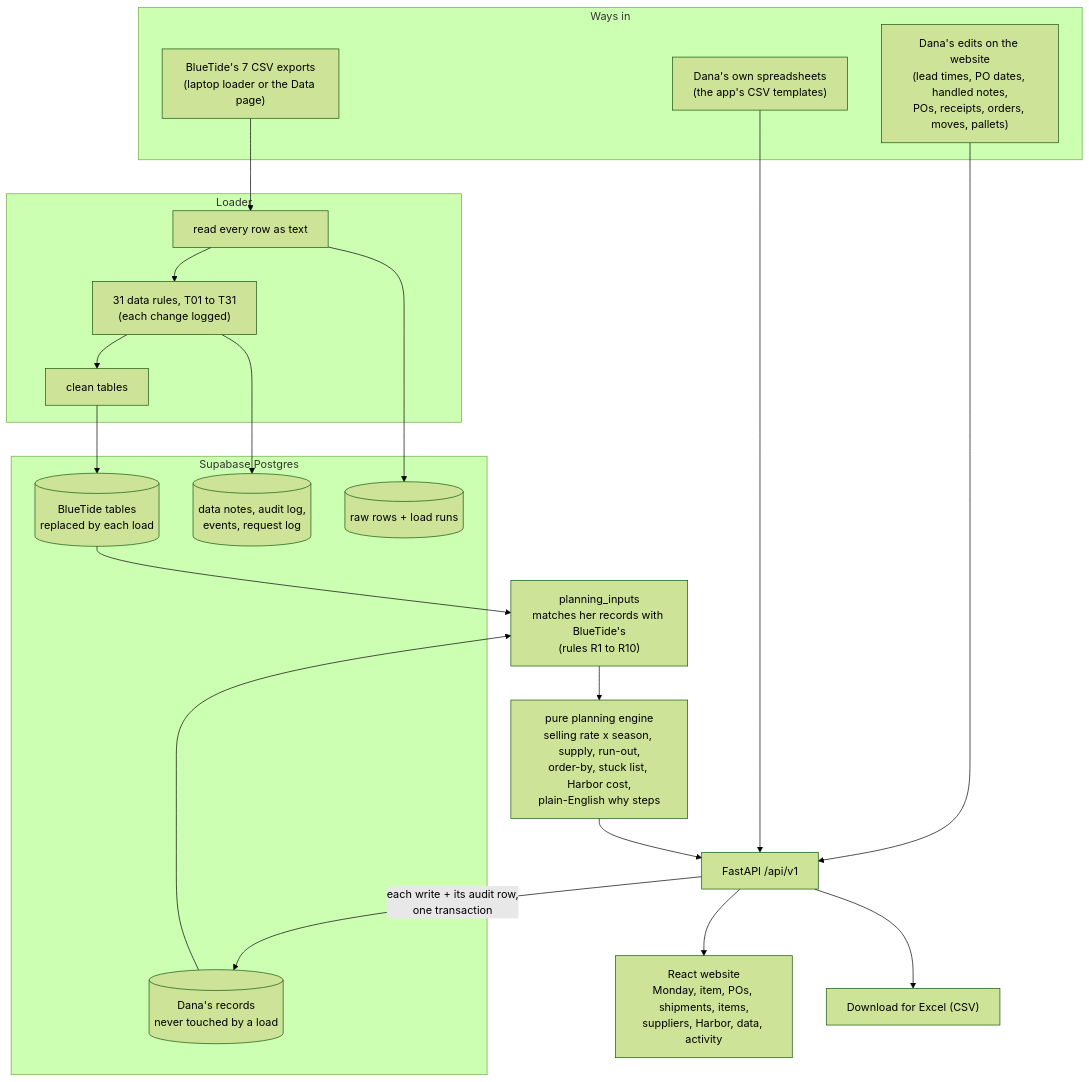
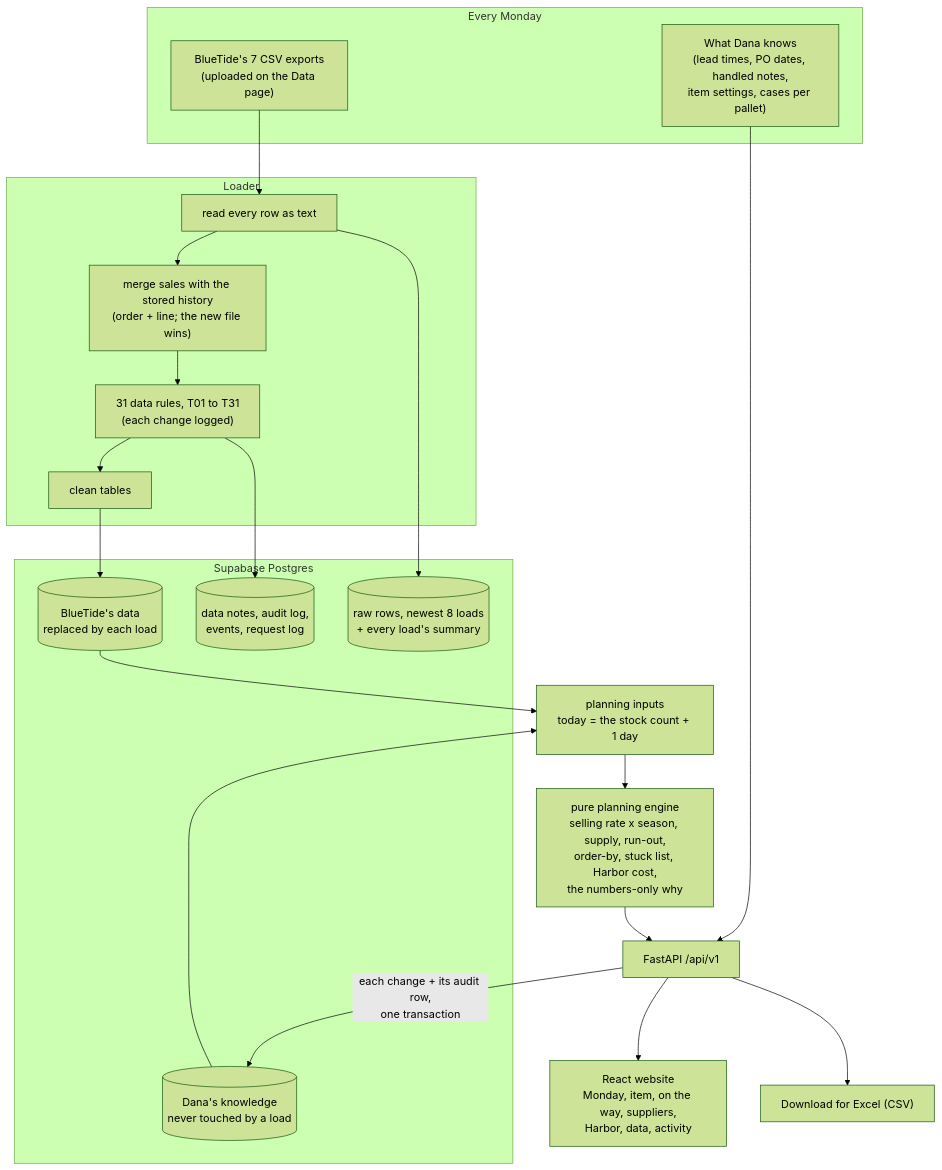
Before and after one commit to ishan-soni27/NammuAI: the diagram in README.md, drawn with Mermaid (forest theme). The commit also changed other lines of this file and 9 other files, not shown here.

First line of the commit message:
docs: ADR-032/033 (BlueTide stays the record; numbers-only why), README, demo, CLAUDE.md boundaries

````diff
--- a/README.md
+++ b/README.md
@@ -68,30 +91,29 @@
 ```mermaid
 flowchart TD
-  subgraph IN["Ways in"]
-    BT["BlueTide's 7 CSV exports<br/>(laptop loader or the Data page)"]
-    TPL["Dana's own spreadsheets<br/>(the app's CSV templates)"]
-    ED["Dana's edits on the website<br/>(lead times, PO dates, handled notes,<br/>POs, receipts, orders, moves, pallets)"]
+  subgraph IN["Every Monday"]
+    BT["BlueTide's 7 CSV exports<br/>(uploaded on the Data page)"]
+    KN["What Dana knows<br/>(lead times, PO dates, handled notes,<br/>item settings, cases per pallet)"]
   end
   subgraph LD["Loader"]
-    RR["read every row as text"] --> RU["31 data rules, T01 to T31<br/>(each change logged)"] --> CL["clean tables"]
+    RR["read every row as text"] --> MG["merge sales with the stored history<br/>(order + line; the new file wins)"]
+    MG --> RU["31 data rules, T01 to T31<br/>(each change logged)"] --> CL["clean tables"]
   end
   subgraph DB["Supabase Postgres"]
-    RAW[("raw rows + load runs")]
-    BTT[("BlueTide tables<br/>replaced by each load")]
-    APP[("Dana's records<br/>never touched by a load")]
+    RAW[("raw rows, newest 8 loads<br/>+ every load's summary")]
+    BTT[("BlueTide's data<br/>replaced by each load")]
+    APP[("Dana's knowledge<br/>never touched by a load")]
     LOG[("data notes, audit log,<br/>events, request log")]
   end
   BT --> RR
   RR --> RAW
   CL --> BTT
   RU --> LOG
-  TPL --> API
-  ED --> API
-  API["FastAPI /api/v1"] -->|"each write + its audit row,<br/>one transaction"| APP
-  BTT --> PI["planning_inputs<br/>matches her records with BlueTide's<br/>(rules R1 to R10)"]
+  KN --> API
+  API["FastAPI /api/v1"] -->|"each change + its audit row,<br/>one transaction"| APP
+  BTT --> PI["planning inputs<br/>today = the stock count + 1 day"]
   APP --> PI
-  PI --> EN["pure planning engine<br/>selling rate x season, supply, run-out,<br/>order-by, stuck list, Harbor cost,<br/>plain-English why steps"]
+  PI --> EN["pure planning engine<br/>selling rate x season, supply, run-out,<br/>order-by, stuck list, Harbor cost,<br/>the numbers-only why"]
   EN --> API
-  API --> WEB["React website<br/>Monday, item, POs, shipments, items,<br/>suppliers, Harbor, data, activity"]
+  API --> WEB["React website<br/>Monday, item, on the way, suppliers,<br/>Harbor, data, activity"]
   API --> XL["Download for Excel (CSV)"]
 ```
````
